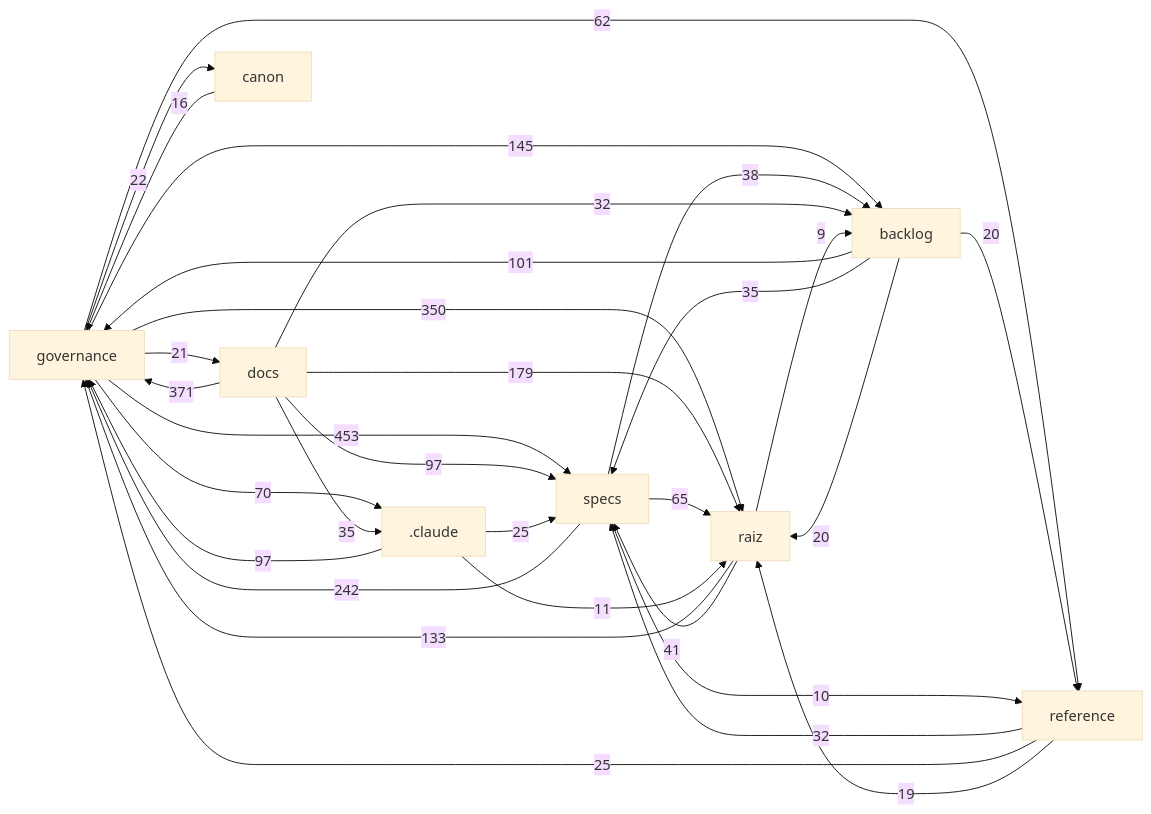
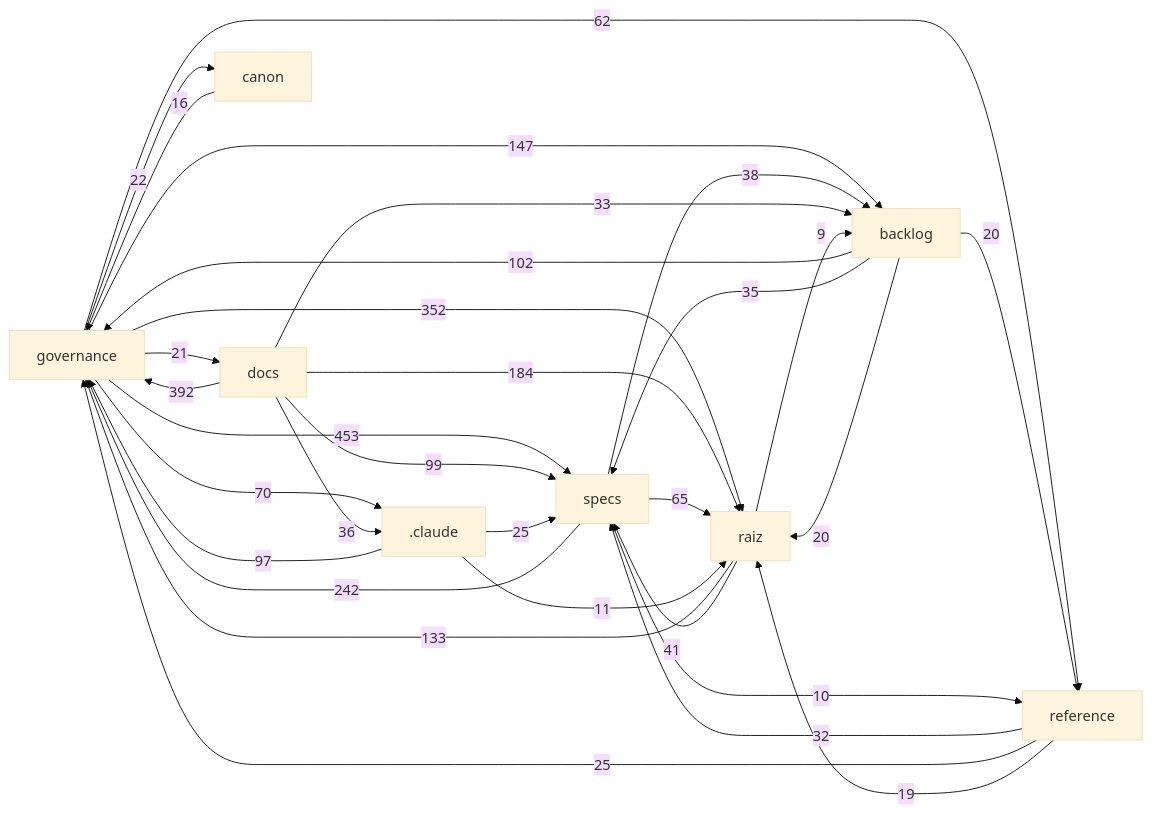
Before and after one commit to Andraus35/Sistema-Operacional-de-Trading--SOT: the diagram in docs/mapa/MAPA-PROJETO.md, drawn with Mermaid (base theme). The commit also changed other lines of this file and 4 other files, not shown here.

````diff
--- a/docs/mapa/MAPA-PROJETO.md
+++ b/docs/mapa/MAPA-PROJETO.md
@@ -29,33 +29,33 @@
 ```mermaid
 flowchart LR
   governance["governance"] -->|453| specs["specs"]
-  docs["docs"] -->|371| governance["governance"]
-  governance["governance"] -->|350| raiz["raiz"]
+  docs["docs"] -->|392| governance["governance"]
+  governance["governance"] -->|352| raiz["raiz"]
   specs["specs"] -->|242| governance["governance"]
-  docs["docs"] -->|179| raiz["raiz"]
-  governance["governance"] -->|145| backlog["backlog"]
+  docs["docs"] -->|184| raiz["raiz"]
+  governance["governance"] -->|147| backlog["backlog"]
   raiz["raiz"] -->|133| governance["governance"]
-  backlog["backlog"] -->|101| governance["governance"]
+  backlog["backlog"] -->|102| governance["governance"]
+  docs["docs"] -->|99| specs["specs"]
   _claude[".claude"] -->|97| governance["governance"]
-  docs["docs"] -->|97| specs["specs"]
   governance["governance"] -->|70| _claude[".claude"]
   specs["specs"] -->|65| raiz["raiz"]
   governance["governance"] -->|62| reference["reference"]
   raiz["raiz"] -->|41| specs["specs"]
   specs["specs"] -->|38| backlog["backlog"]
+  docs["docs"] -->|36| _claude[".claude"]
   backlog["backlog"] -->|35| specs["specs"]
-  docs["docs"] -->|35| _claude[".claude"]
-  docs["docs"] -->|32| backlog["backlog"]
+  docs["docs"] -->|33| backlog["backlog"]
   reference["reference"] -->|32| specs["specs"]
   _claude[".claude"] -->|25| specs["specs"]
   reference["reference"] -->|25| governance["governance"]
   governance["governance"] -->|22| canon["canon"]
   governance["governance"] -->|21| docs["docs"]
   backlog["backlog"] -->|20| raiz["raiz"]
   backlog["backlog"] -->|20| reference["reference"]
   reference["reference"] -->|19| raiz["raiz"]
   canon["canon"] -->|16| governance["governance"]
   _claude[".claude"] -->|11| raiz["raiz"]
   specs["specs"] -->|10| reference["reference"]
   raiz["raiz"] -->|9| backlog["backlog"]
 ```
````
